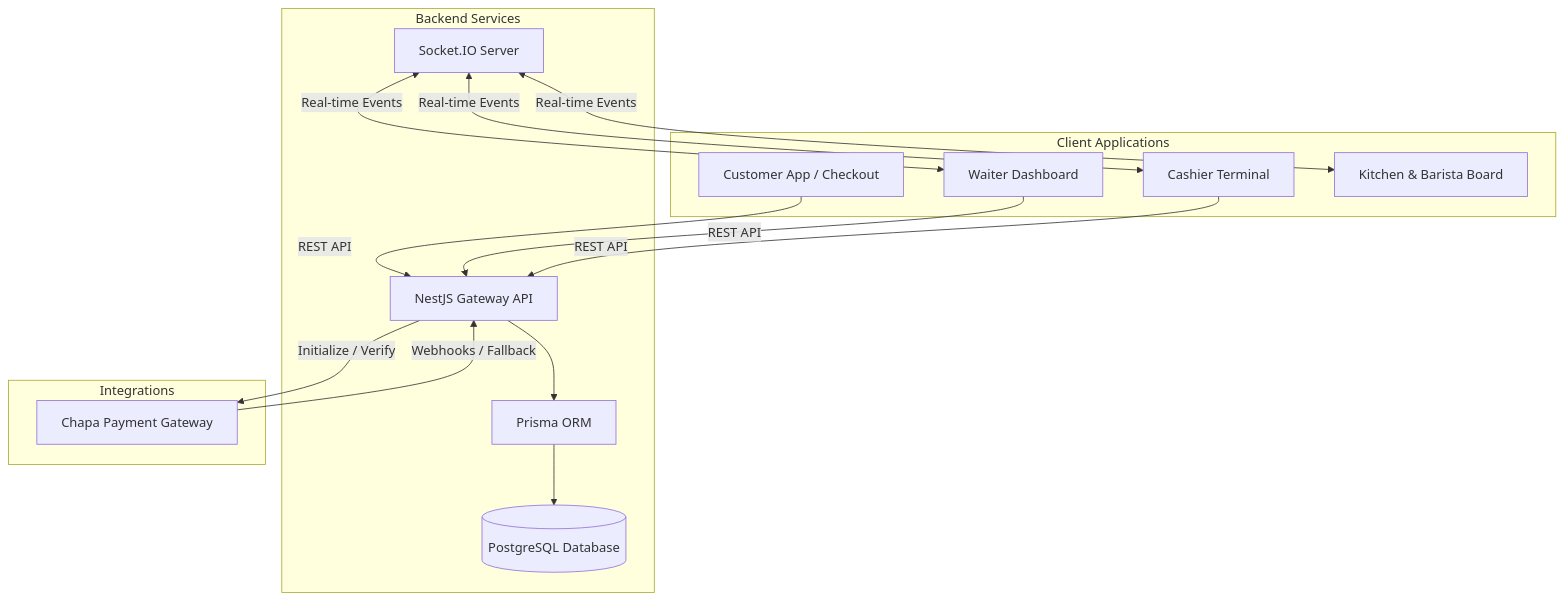
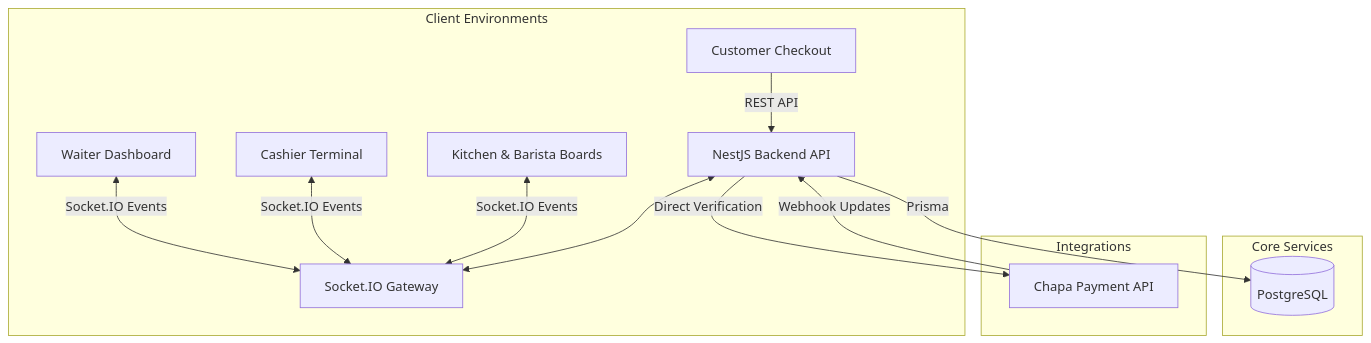
The first of 3 diagrams in README.md (moges741/cafe-management), drawn with Mermaid before and after one commit. The commit also changed other lines of this file, not shown here.

````diff
--- a/README.md
+++ b/README.md
@@ -16,34 +19,19 @@
 ```mermaid
 graph TD
-    subgraph Client Applications
-        C[Customer App / Checkout]
-        W[Waiter Dashboard]
-        CA[Cashier Terminal]
-        K[Kitchen & Barista Board]
+    subgraph Client Environments
+        Cust[Customer Checkout] -->|REST API| Nest[NestJS Backend API]
+        W[Waiter Dashboard] <-->|Socket.IO Events| Gateway[Socket.IO Gateway]
+        C[Cashier Terminal] <-->|Socket.IO Events| Gateway
+        K[Kitchen & Barista Boards] <-->|Socket.IO Events| Gateway
     end
 
-    subgraph Backend Services
-        API[NestJS Gateway API]
-        WS[Socket.IO Server]
-        DB[(PostgreSQL Database)]
-        Prisma[Prisma ORM]
+    subgraph Core Services
+        Nest -->|Prisma| DB[(PostgreSQL)]
+        Nest <--> Gateway
     end
 
     subgraph Integrations
-        Chapa[Chapa Payment Gateway]
+        Nest -->|Direct Verification| Chapa[Chapa Payment API]
+        Chapa -->|Webhook Updates| Nest
     end
-
-    C -->|REST API| API
-    W -->|REST API| API
-    CA -->|REST API| API
-    
-    WS <-->|Real-time Events| W
-    WS <-->|Real-time Events| CA
-    WS <-->|Real-time Events| K
-    
-    API --> Prisma
-    Prisma --> DB
-    
-    API -->|Initialize / Verify| Chapa
-    Chapa -->|Webhooks / Fallback| API
 ```
````
